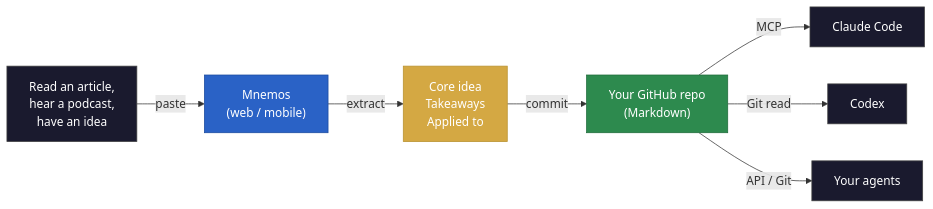
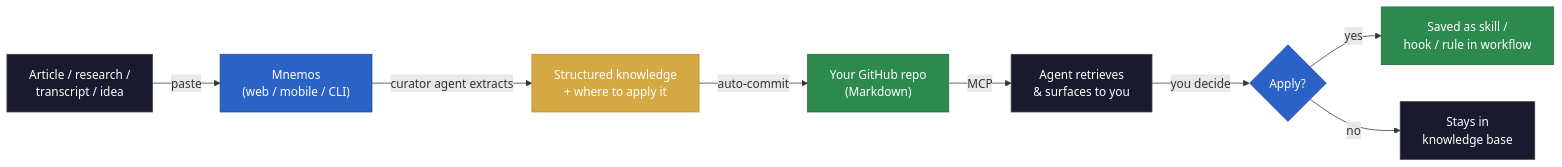
Before and after one commit to Soph20/mnemos-capture: the diagram in README.md, drawn with Mermaid. The commit also changed other lines of this file and 4 other files, not shown here.

First line of the commit message:
docs: rewrite README + add Surface & Apply MCP tools

````diff
--- a/README.md
+++ b/README.md
@@ -27,17 +78,19 @@
 ```mermaid
 flowchart LR
-    A["Read an article,\nhear a podcast,\nhave an idea"] -->|paste| B["Mnemos\n(web / mobile)"]
-    B -->|extract| C["Core idea\nTakeaways\nApplied to"]
-    C -->|commit| D["Your GitHub repo\n(Markdown)"]
-    D -->|MCP| E["Claude Code"]
-    D -->|Git read| F["Codex"]
-    D -->|API / Git| G["Your agents"]
+    A["Article / research /\ntranscript / idea"] -->|paste| B["Mnemos\n(web / mobile / CLI)"]
+    B -->|curator agent extracts| C["Structured knowledge\n+ where to apply it"]
+    C -->|auto-commit| D["Your GitHub repo\n(Markdown)"]
+    D -->|MCP| E["Agent retrieves\n& surfaces to you"]
+    E -->|you decide| F{"Apply?"}
+    F -->|yes| G["Saved as skill /\nhook / rule in workflow"]
+    F -->|no| H["Stays in\nknowledge base"]
 
     style A fill:#1a1a2e,stroke:#444,color:#fff
     style B fill:#2A62C6,stroke:#1a4a9e,color:#fff
     style C fill:#d4a843,stroke:#b8912e,color:#fff
     style D fill:#2d8a4e,stroke:#1e6b3a,color:#fff
     style E fill:#1a1a2e,stroke:#444,color:#fff
-    style F fill:#1a1a2e,stroke:#444,color:#fff
-    style G fill:#1a1a2e,stroke:#444,color:#fff
+    style F fill:#2A62C6,stroke:#1a4a9e,color:#fff
+    style G fill:#2d8a4e,stroke:#1e6b3a,color:#fff
+    style H fill:#1a1a2e,stroke:#444,color:#fff
 ```
````
